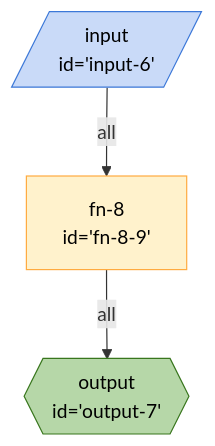
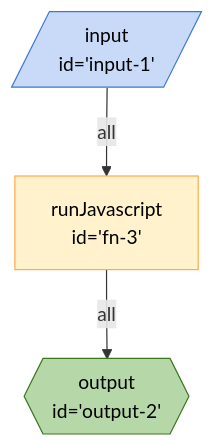
Before and after one commit to breadboard-ai/breadboard: the diagram in seeds/breadboard-web/docs/graphs/new/custom-inline-action.md, drawn with Mermaid. The commit also changed 20 other files, not shown here.

Commit message:
[new syntax] saner ids in example graphs

````diff
--- a/seeds/breadboard-web/docs/graphs/new/custom-inline-action.md
+++ b/seeds/breadboard-web/docs/graphs/new/custom-inline-action.md
@@ -3,14 +3,14 @@
 ```mermaid
 %%{init: 'themeVariables': { 'fontFamily': 'Fira Code, monospace' }}%%
 graph TD;
-fn89["fn-8 <br> id='fn-8-9'"] -- all --> output7{{"output <br> id='output-7'"}}:::output
-input6[/"input <br> id='input-6'"/]:::input -- all --> fn89["fn-8 <br> id='fn-8-9'"]
+fn3["runJavascript <br> id='fn-3'"] -- all --> output2{{"output <br> id='output-2'"}}:::output
+input1[/"input <br> id='input-1'"/]:::input -- all --> fn3["runJavascript <br> id='fn-3'"]
 classDef default stroke:#ffab40,fill:#fff2ccff,color:#000
 classDef input stroke:#3c78d8,fill:#c9daf8ff,color:#000
 classDef output stroke:#38761d,fill:#b6d7a8ff,color:#000
 classDef passthrough stroke:#a64d79,fill:#ead1dcff,color:#000
 classDef slot stroke:#a64d79,fill:#ead1dcff,color:#000
 classDef config stroke:#a64d79,fill:#ead1dcff,color:#000
 classDef secrets stroke:#db4437,fill:#f4cccc,color:#000
 classDef slotted stroke:#a64d79
 ```
````
